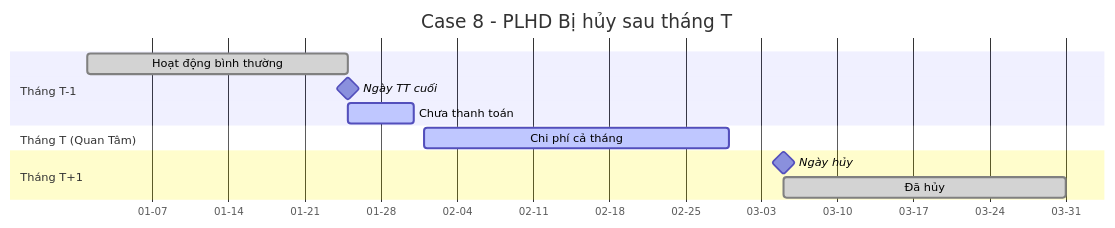
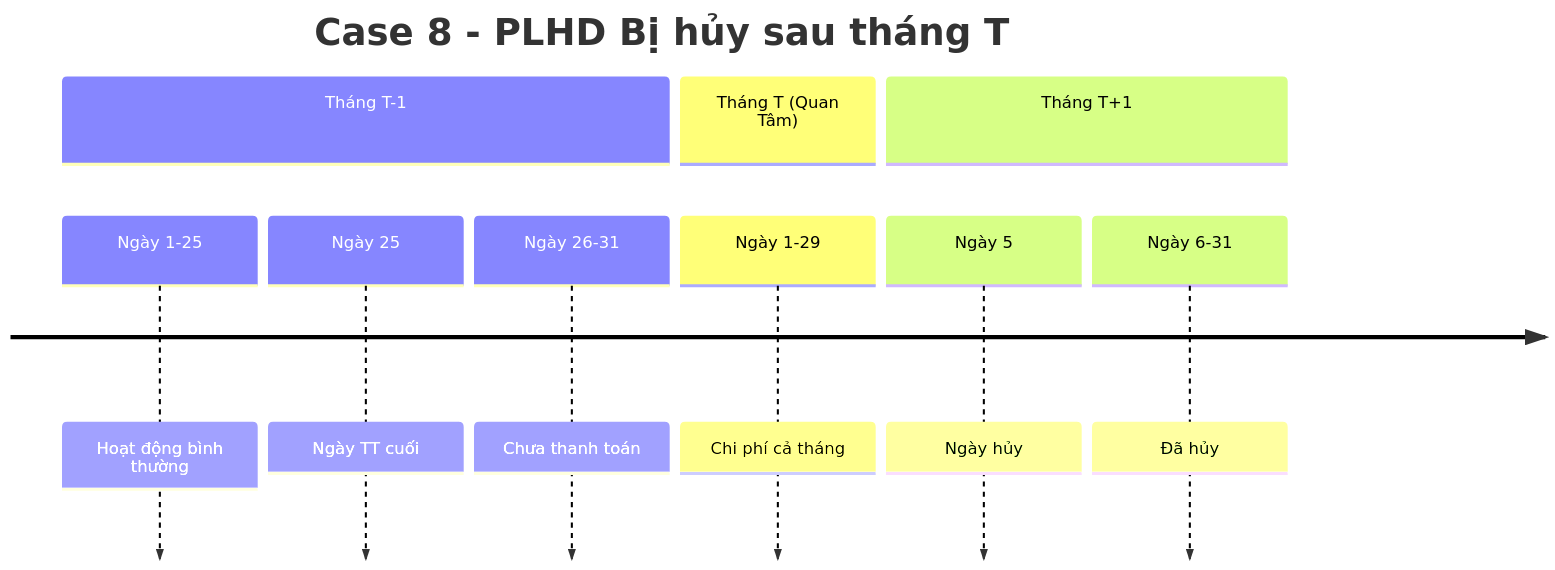
One commit to gvkth/qlbts_analyze_2o2adj- changed the ninth of 9 diagrams in description_v2.md. Above: the diagram before and after it, drawn with Mermaid. The commit also changed other lines of this file, not shown here.

Commit message:
Update Gantt chart descriptions and conditions

````diff
--- a/description_v2.md
+++ b/description_v2.md
@@ -286,18 +272,16 @@
 ```mermaid
-gantt
+timeline
     title Case 8 - PLHD Bị hủy sau tháng T
-    dateFormat YYYY-MM-DD
-    axisFormat %m-%d
     
     section Tháng T-1
-    Hoạt động bình thường    :done, prev-month, 2024-01-01, 2024-01-25
-    Ngày TT cuối            :milestone, payment-date, 2024-01-25, 0d
-    Chưa thanh toán         :active, unpaid, 2024-01-25, 2024-01-31
+        Ngày 1-25 : Hoạt động bình thường
+        Ngày 25 : Ngày TT cuối
+        Ngày 26-31 : Chưa thanh toán
     
     section Tháng T (Quan Tâm)
-    Chi phí cả tháng        :active, cost-period, 2024-02-01, 2024-02-29
+        Ngày 1-29 : Chi phí cả tháng
     
     section Tháng T+1
-    Ngày hủy                :milestone, cancel-date, 2024-03-05, 0d
-    Đã hủy                  :done, cancelled, 2024-03-05, 2024-03-31
+        Ngày 5 : Ngày hủy
+        Ngày 6-31 : Đã hủy
 ```
````
